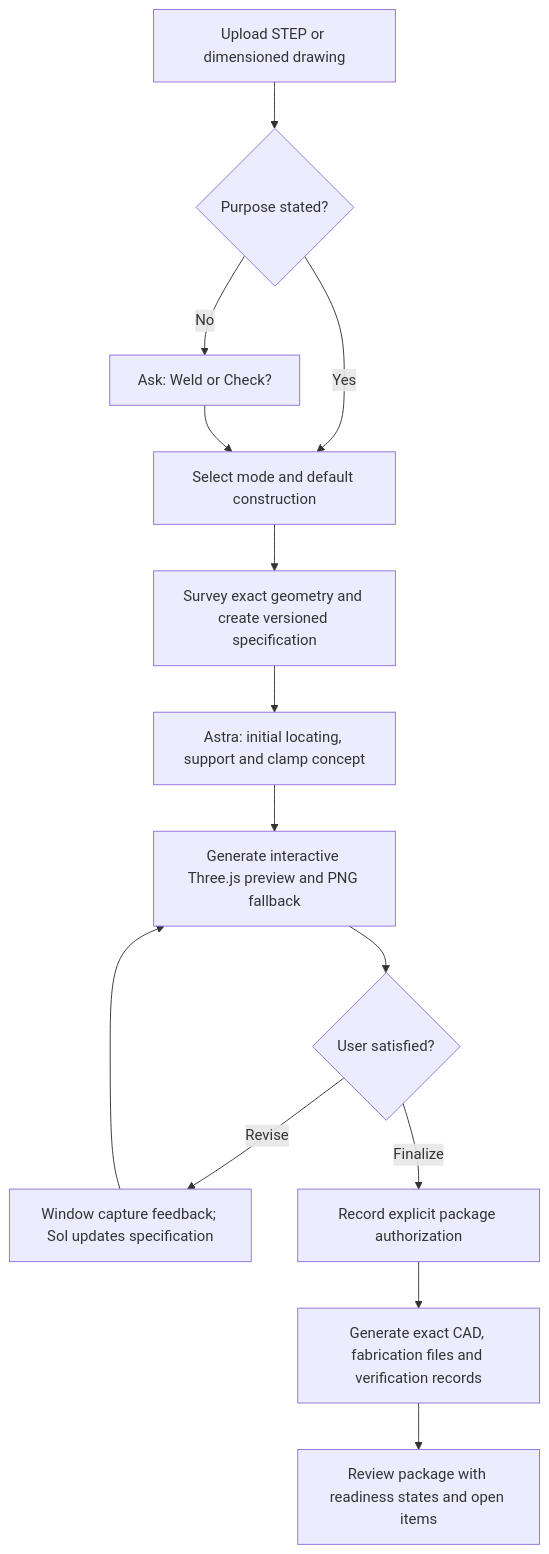
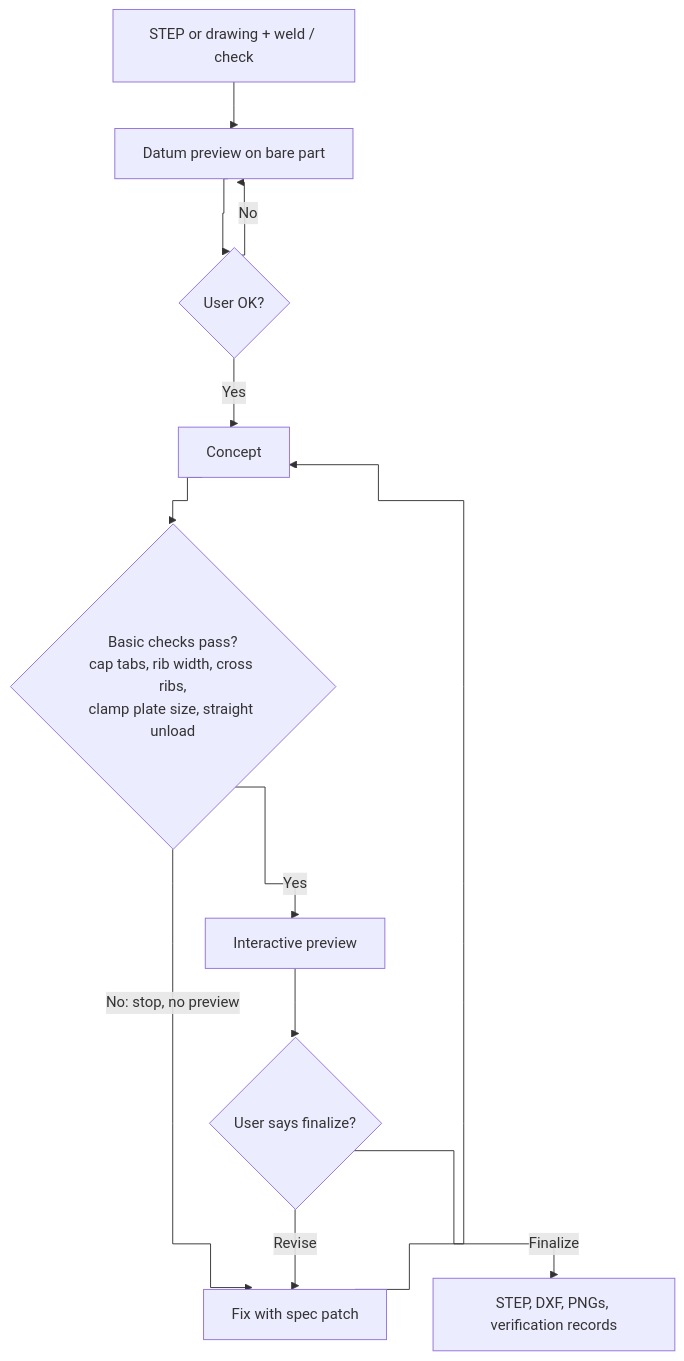
Before and after one commit to scream1ng/bixl-skills: the diagram in README.md, drawn with Mermaid. The commit also changed other lines of this file and 132 other files, not shown here.

First line of the commit message:
design-fixture v1.2.4: concept stops on basic check failures, smaller preview

````diff
--- a/README.md
+++ b/README.md
@@ -22,16 +5,14 @@
 ```mermaid
+%%{init: {'flowchart': {'curve': 'step'}}}%%
 flowchart TD
-    A["Upload STEP or dimensioned drawing"] --> B{"Purpose stated?"}
-    B -- "No" --> C["Ask: Weld or Check?"]
-    B -- "Yes" --> D["Select mode and default construction"]
-    C --> D
-    D --> E["Survey exact geometry and create versioned specification"]
-    E --> F["Astra: initial locating, support and clamp concept"]
-    F --> G["Generate interactive Three.js preview and PNG fallback"]
-    G --> H{"User satisfied?"}
-    H -- "Revise" --> I["Window capture feedback; Sol updates specification"]
-    I --> G
-    H -- "Finalize" --> J["Record explicit package authorization"]
-    J --> K["Generate exact CAD, fabrication files and verification records"]
-    K --> L["Review package with readiness states and open items"]
+    A["STEP or drawing + weld / check"] --> B["Datum preview on bare part"]
+    B --> B1{"User OK?"}
+    B1 -- "No" --> B
+    B1 -- "Yes" --> C["Concept"]
+    C --> C1{"Basic checks pass?<br/>cap tabs, rib width, cross ribs,<br/>clamp plate size, straight unload"}
+    C1 -- "No: stop, no preview" --> C2["Fix with spec patch"] --> C
+    C1 -- "Yes" --> D["Interactive preview"]
+    D --> D1{"User says finalize?"}
+    D1 -- "Revise" --> C2
+    D1 -- "Finalize" --> E["STEP, DXF, PNGs, verification records"]
 ```
````
